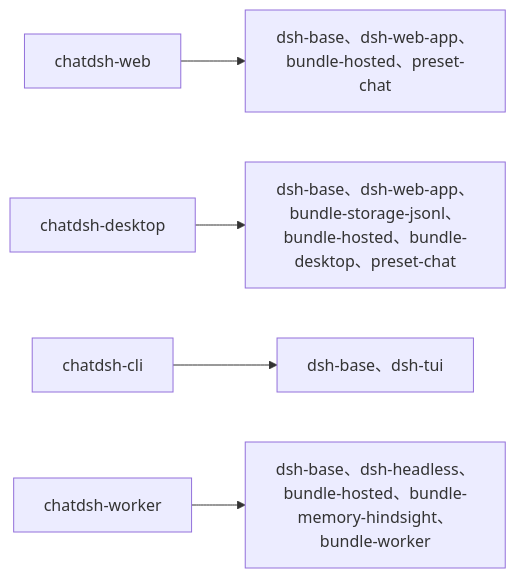
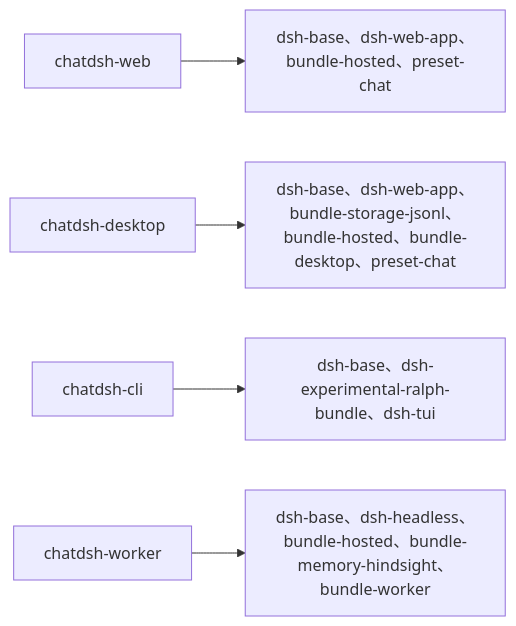
Before and after one commit to wenzetan/chatdsh: the seventh of 17 diagrams in runtime/docs/architecture-diagram.md, drawn with Mermaid. The commit also changed other lines of this file and 44 other files, not shown here.

````diff
--- a/runtime/docs/architecture-diagram.md
+++ b/runtime/docs/architecture-diagram.md
@@ -250,7 +250,7 @@
 ```mermaid
 flowchart LR
   P1["chatdsh-web"] --> L1["dsh-base、dsh-web-app、bundle-hosted、preset-chat"]
   P2["chatdsh-desktop"] --> L2["dsh-base、dsh-web-app、bundle-storage-jsonl、bundle-hosted、bundle-desktop、preset-chat"]
-  P3["chatdsh-cli"] --> L3["dsh-base、dsh-tui"]
+  P3["chatdsh-cli"] --> L3["dsh-base、dsh-experimental-ralph-bundle、dsh-tui"]
   P4["chatdsh-worker"] --> L4["dsh-base、dsh-headless、bundle-hosted、bundle-memory-hindsight、bundle-worker"]
 ```
````
